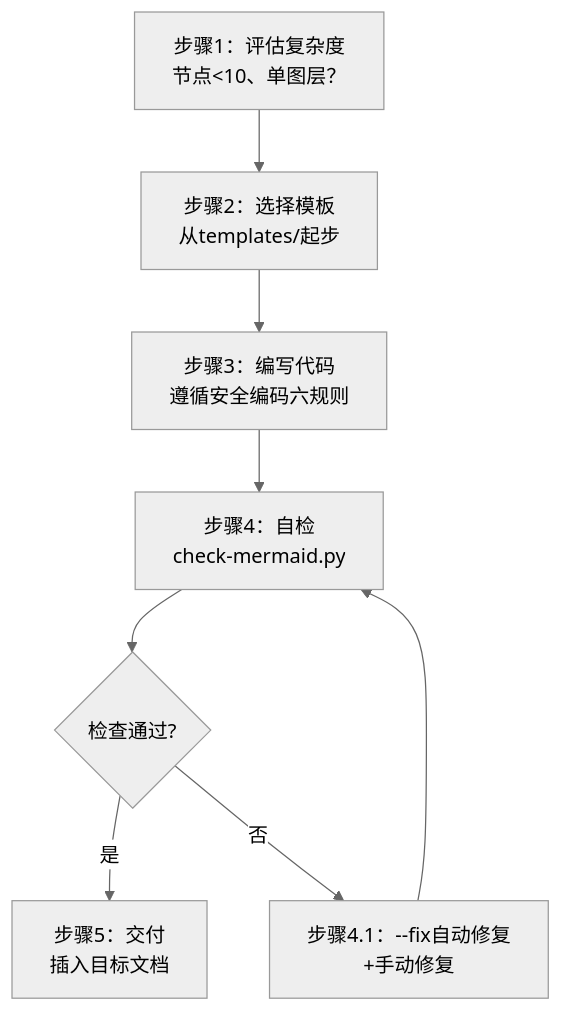
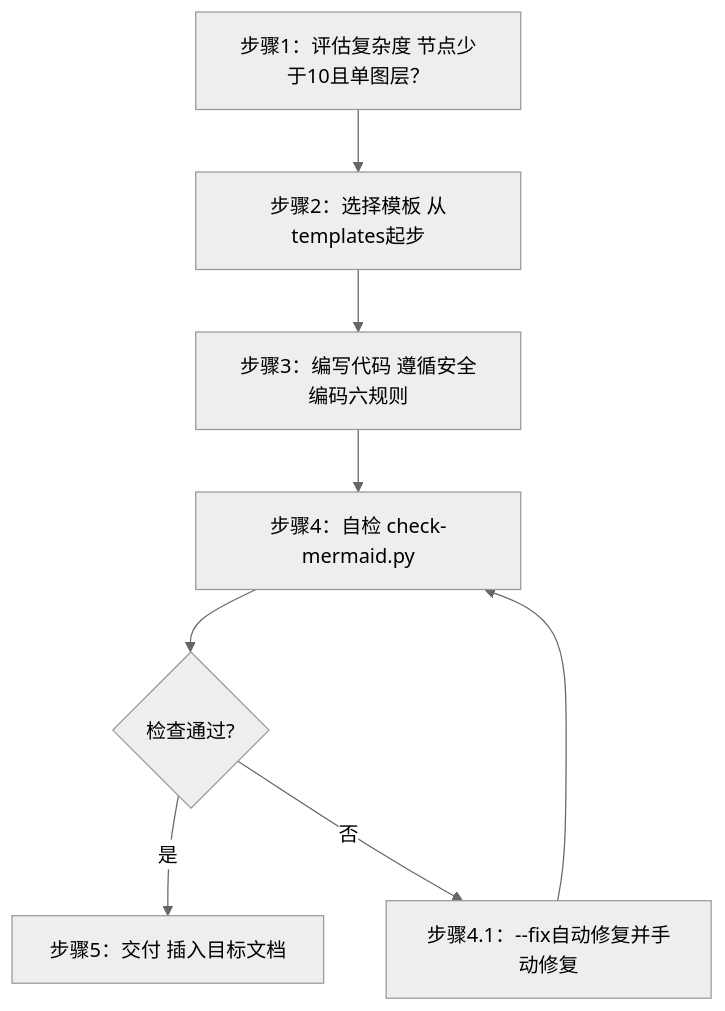
Before and after one commit to xinetzone/SpecWeave: the first of 3 diagrams in .agents/teams/mermaid-team.md, drawn with Mermaid (neutral theme). The commit also changed other lines of this file and 41 other files, not shown here.

First line of the commit message:
feat(mermaid): CI历史债务ratchet基线门禁与节点文本单行化策略

````diff
--- a/.agents/teams/mermaid-team.md
+++ b/.agents/teams/mermaid-team.md
@@ -61,10 +61,10 @@
 ```mermaid
 flowchart TD
-    A["步骤1：评估复杂度<br/>节点<10、单图层？"] --> B["步骤2：选择模板<br/>从templates/起步"]
-    B --> C["步骤3：编写代码<br/>遵循安全编码六规则"]
-    C --> D["步骤4：自检<br/>check-mermaid.py"]
+    A["步骤1：评估复杂度 节点少于10且单图层？"] --> B["步骤2：选择模板 从templates起步"]
+    B --> C["步骤3：编写代码 遵循安全编码六规则"]
+    C --> D["步骤4：自检 check-mermaid.py"]
     D --> E{"检查通过?"}
-    E -->|"是"| F["步骤5：交付<br/>插入目标文档"]
-    E -->|"否"| G["步骤4.1：--fix自动修复<br/>+手动修复"]
+    E -->|"是"| F["步骤5：交付 插入目标文档"]
+    E -->|"否"| G["步骤4.1：--fix自动修复并手动修复"]
     G --> D
 ```
````
